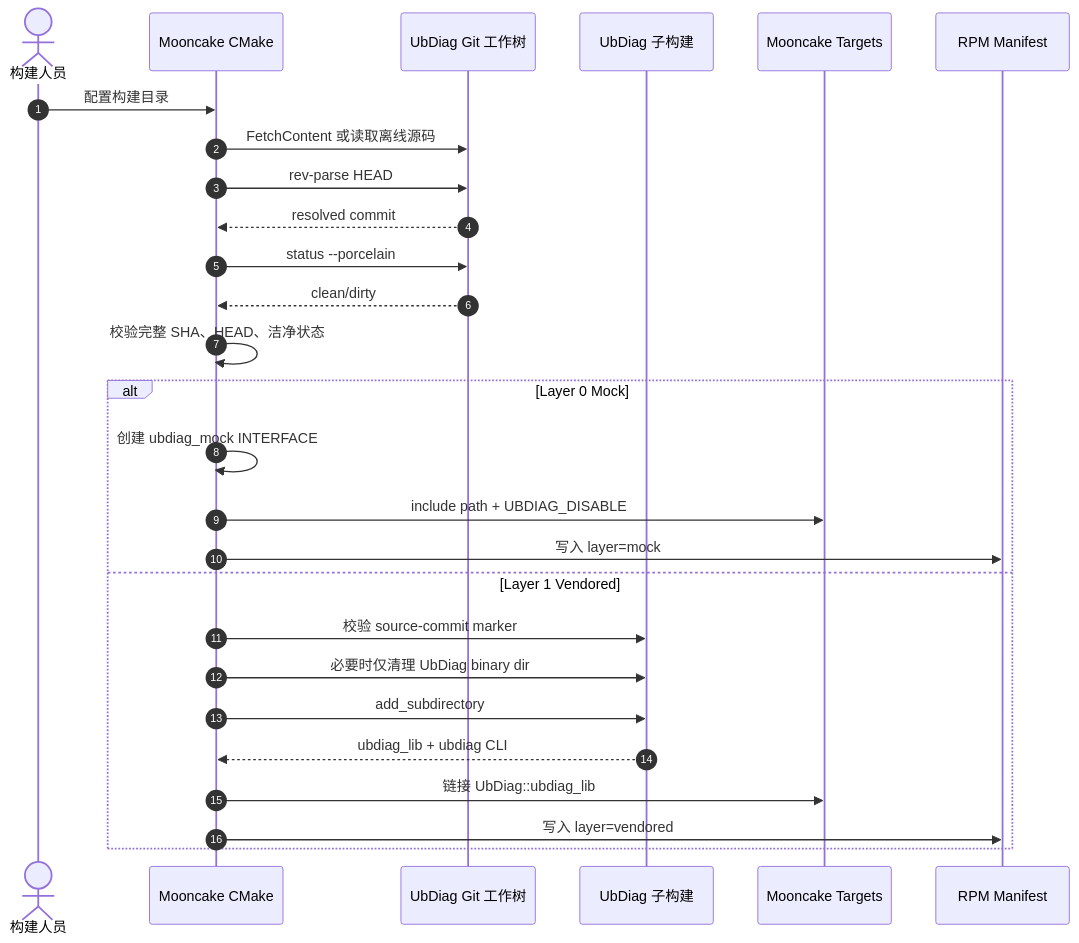
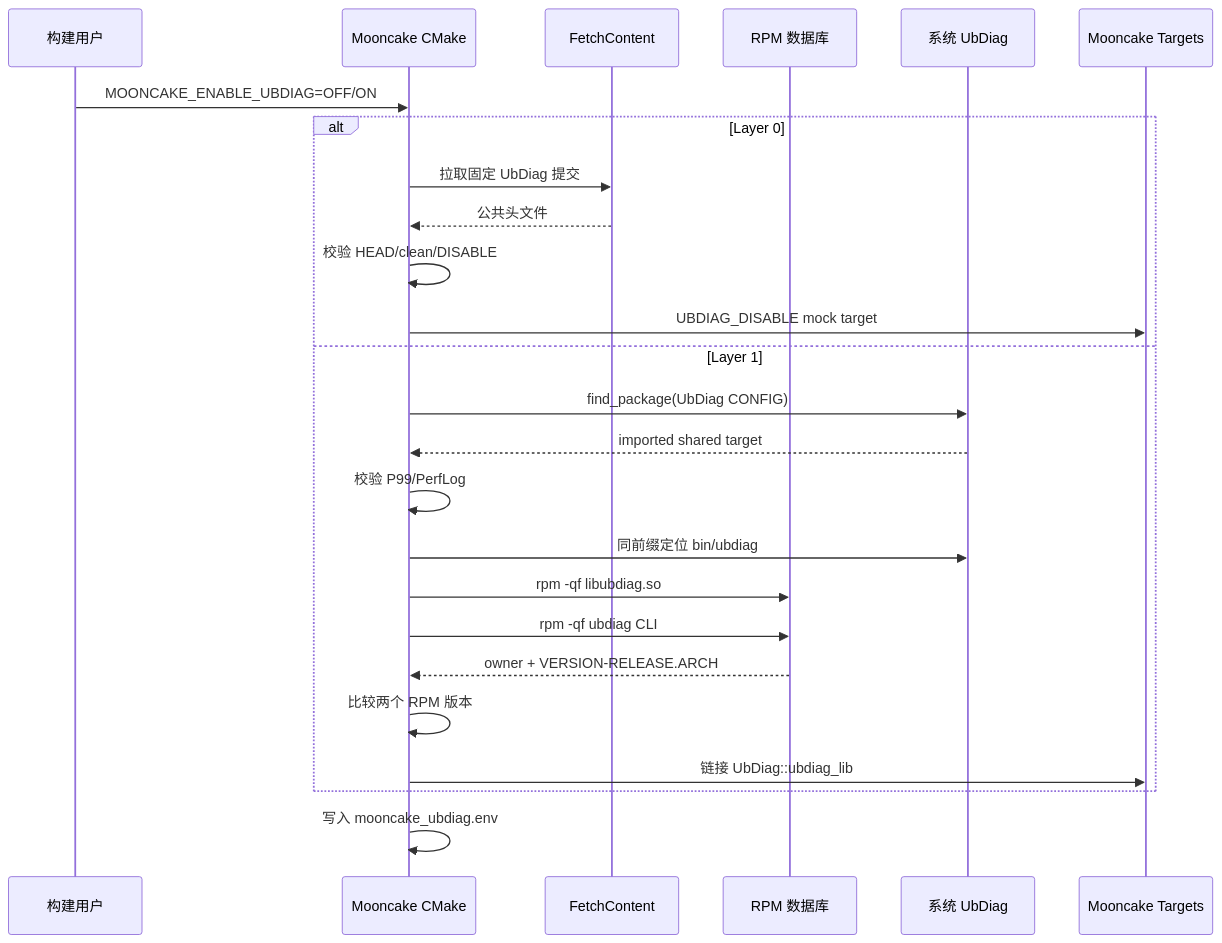
Before and after one commit to qinyufei63/Mooncake: the second of 3 diagrams in docs/mooncake_ubdiag_two_layer_technical_delivery.md, drawn with Mermaid. The commit also changed other lines of this file and 2 other files, not shown here.

````diff
--- a/docs/mooncake_ubdiag_two_layer_technical_delivery.md
+++ b/docs/mooncake_ubdiag_two_layer_technical_delivery.md
@@ -80,31 +46,28 @@
 ```mermaid
 sequenceDiagram
-    autonumber
-    actor Builder as 构建人员
-    participant CMake as Mooncake CMake
-    participant Git as UbDiag Git 工作树
-    participant SubBuild as UbDiag 子构建
-    participant Targets as Mooncake Targets
-    participant Manifest as RPM Manifest
+    participant U as 构建用户
+    participant M as Mooncake CMake
+    participant F as FetchContent
+    participant R as RPM 数据库
+    participant S as 系统 UbDiag
+    participant T as Mooncake Targets
 
-    Builder->>CMake: 配置构建目录
-    CMake->>Git: FetchContent 或读取离线源码
-    CMake->>Git: rev-parse HEAD
-    Git-->>CMake: resolved commit
-    CMake->>Git: status --porcelain
-    Git-->>CMake: clean/dirty
-    CMake->>CMake: 校验完整 SHA、HEAD、洁净状态
-
-    alt Layer 0 Mock
-        CMake->>CMake: 创建 ubdiag_mock INTERFACE
-        CMake->>Targets: include path + UBDIAG_DISABLE
-        CMake->>Manifest: 写入 layer=mock
-    else Layer 1 Vendored
-        CMake->>SubBuild: 校验 source-commit marker
-        CMake->>SubBuild: 必要时仅清理 UbDiag binary dir
-        CMake->>SubBuild: add_subdirectory
-        SubBuild-->>CMake: ubdiag_lib + ubdiag CLI
-        CMake->>Targets: 链接 UbDiag::ubdiag_lib
-        CMake->>Manifest: 写入 layer=vendored
+    U->>M: MOONCAKE_ENABLE_UBDIAG=OFF/ON
+    alt Layer 0
+        M->>F: 拉取固定 UbDiag 提交
+        F-->>M: 公共头文件
+        M->>M: 校验 HEAD/clean/DISABLE
+        M->>T: UBDIAG_DISABLE mock target
+    else Layer 1
+        M->>S: find_package(UbDiag CONFIG)
+        S-->>M: imported shared target
+        M->>M: 校验 P99/PerfLog
+        M->>S: 同前缀定位 bin/ubdiag
+        M->>R: rpm -qf libubdiag.so
+        M->>R: rpm -qf ubdiag CLI
+        R-->>M: owner + VERSION-RELEASE.ARCH
+        M->>M: 比较两个 RPM 版本
+        M->>T: 链接 UbDiag::ubdiag_lib
     end
+    M->>M: 写入 mooncake_ubdiag.env
 ```
````
